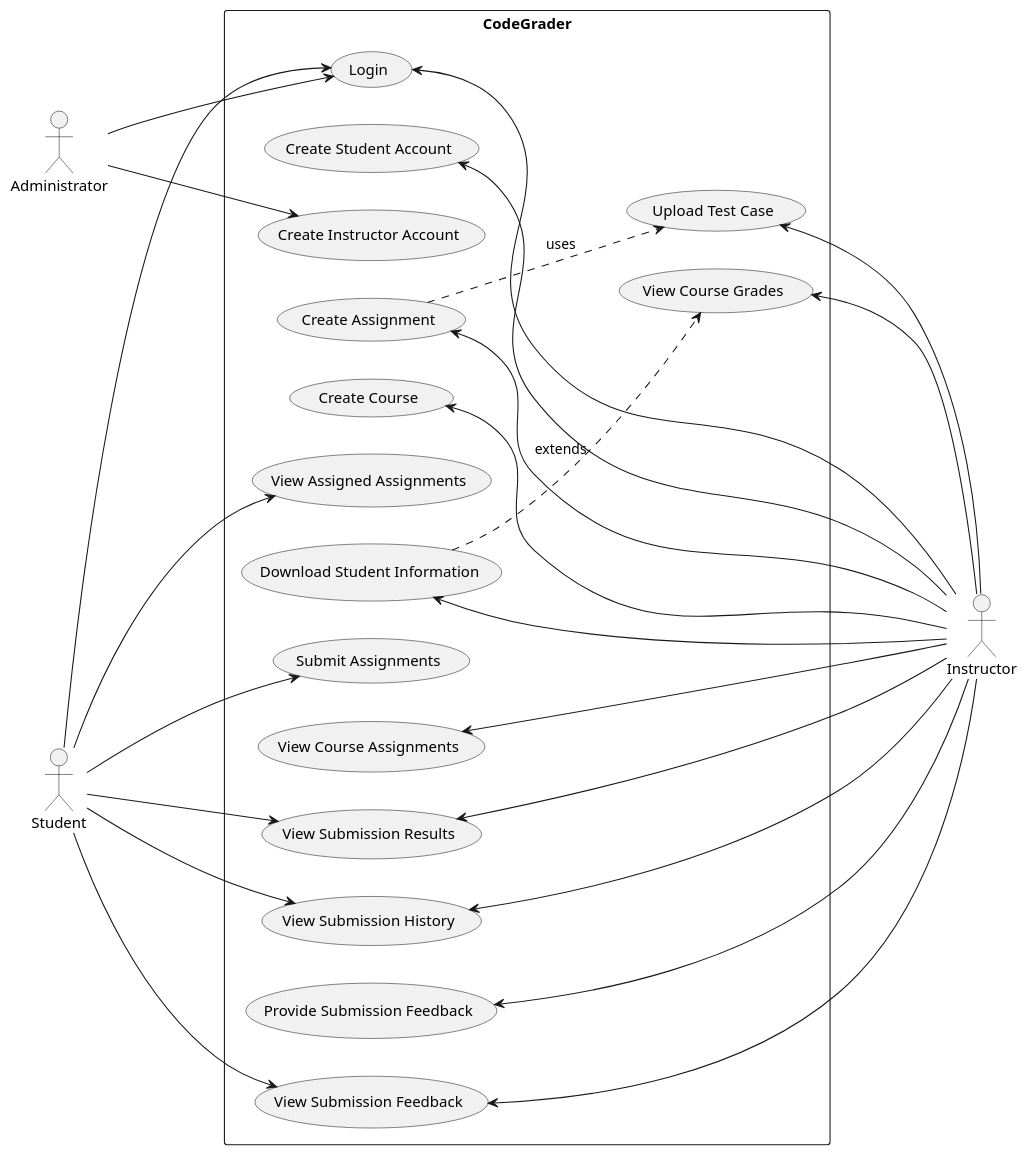
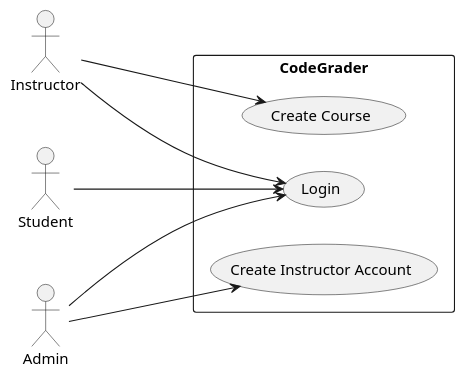
The diagram in docs/srs/diagrams.puml (LittleTealeaf/SER-340-Project), drawn with PlantUML before and after one commit. The commit also changed 1 other file, not shown here.

```diff
--- a/docs/srs/diagrams.puml
+++ b/docs/srs/diagrams.puml
@@ -1,54 +1,27 @@
 @startuml Use Case Diagram
 skinparam packageStyle rectangle
 left to right direction
 
-:Administrator:
+:Admin:
 :Instructor:
 :Student:
 
 
 rectangle CodeGrader {
 
   (Login)
   (Create Instructor Account)
-  (Create Student Account)
   (Create Course)
-  (Create Assignment)
-  (View Assigned Assignments)
-  (View Course Assignments)
-  (Submit Assignments)
-  (View Submission Results)
-  (View Submission History)
-  (Provide Submission Feedback)
-  (View Submission Feedback)
-  (View Course Grades)
-  (Download Student Information)
-  (Upload Test Case)
-
-  (Create Assignment) ..> (Upload Test Case) : uses
-  (Download Student Information) ..> (View Course Grades) : extends
-}
-Administrator ---> (Login)
-Administrator ---> (Create Instructor Account)
-(Login) <--- Instructor
-(Create Student Account) <--- Instructor
-(Create Course) <--- Instructor
-(Create Assignment) <--- Instructor
-(View Submission Results) <--- Instructor
-(View Submission History) <--- Instructor
-(View Course Assignments) <--- Instructor
-(View Submission Feedback) <--- Instructor
-(Provide Submission Feedback) <--- Instructor
-(View Course Grades) <--- Instructor
-(Download Student Information) <--- Instructor
-(Upload Test Case) <--- Instructor
-Student ---> (Login)
-Student ---> (View Submission History)
-Student ---> (View Submission Results)
-Student ---> (Submit Assignments)
-Student ---> (View Submission Feedback)
-Student ---> (View Assigned Assignments)
 
 
 
+}
+
+:Student: ---> (Login)
+:Admin: ---> (Login)
+:Instructor: ---> (Login)
+:Admin: --> (Create Instructor Account)
+:Instructor: ---> (Create Course)
+
+
 @enduml
```
